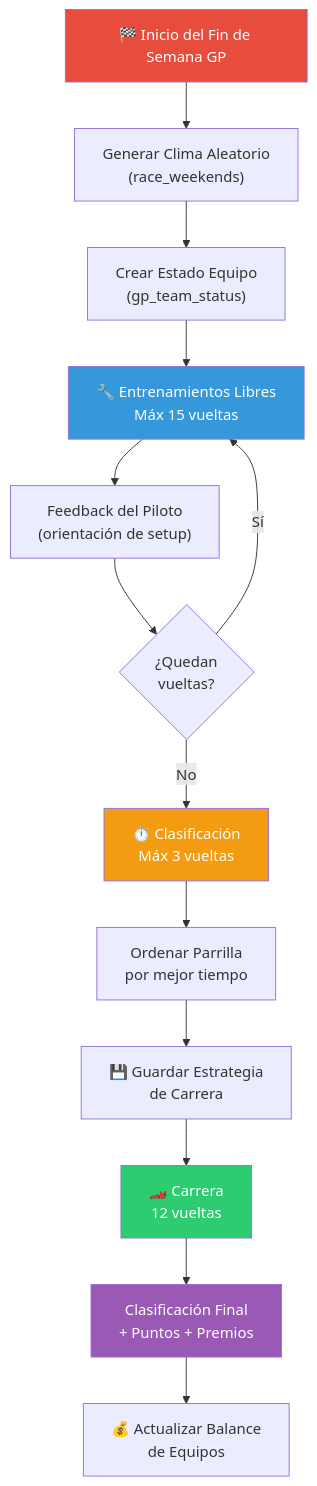
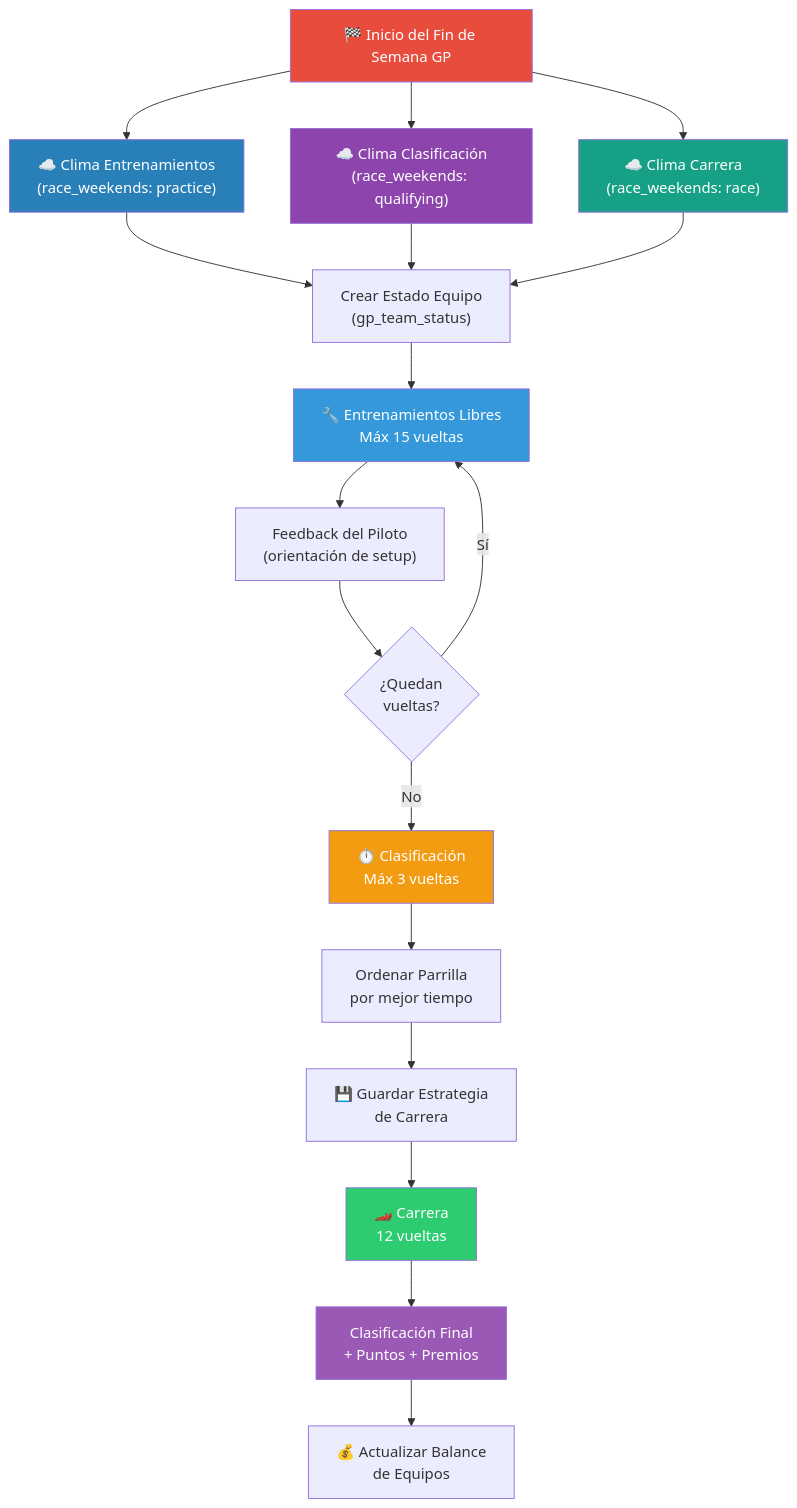
The first of 8 diagrams in docs/simulation-engine.md (iubeda/gp-masters), drawn with Mermaid before and after one commit. The commit also changed other lines of this file and 4 other files, not shown here.

First line of the commit message:
feat: simulate weather independently per session (practice/qualifying/race)

````diff
--- a/docs/simulation-engine.md
+++ b/docs/simulation-engine.md
@@ -21,21 +21,41 @@
 ```mermaid
 flowchart TD
-    A["🏁 Inicio del Fin de Semana GP"] --> B["Generar Clima Aleatorio<br/>(race_weekends)"]
-    B --> C["Crear Estado Equipo<br/>(gp_team_status)"]
-    C --> D["🔧 Entrenamientos Libres<br/>Máx 15 vueltas"]
-    D --> E["Feedback del Piloto<br/>(orientación de setup)"]
-    E --> F{"¿Quedan<br/>vueltas?"}
+    A["🏁 Inicio del Fin de Semana GP"] --> B1["☁️ Clima Entrenamientos
+(race_weekends: practice)"]
+    A --> B2["☁️ Clima Clasificación
+(race_weekends: qualifying)"]
+    A --> B3["☁️ Clima Carrera
+(race_weekends: race)"]
+    B1 --> C["Crear Estado Equipo
+(gp_team_status)"]
+    B2 --> C
+    B3 --> C
+    C --> D["🔧 Entrenamientos Libres
+Máx 15 vueltas"]
+    D --> E["Feedback del Piloto
+(orientación de setup)"]
+    E --> F{"¿Quedan
+vueltas?"}
     F -- Sí --> D
-    F -- No --> G["⏱️ Clasificación<br/>Máx 3 vueltas"]
-    G --> H["Ordenar Parrilla<br/>por mejor tiempo"]
-    H --> I["💾 Guardar Estrategia<br/>de Carrera"]
-    I --> J["🏎️ Carrera<br/>12 vueltas"]
-    J --> K["Clasificación Final<br/>+ Puntos + Premios"]
-    K --> L["💰 Actualizar Balance<br/>de Equipos"]
+    F -- No --> G["⏱️ Clasificación
+Máx 3 vueltas"]
+    G --> H["Ordenar Parrilla
+por mejor tiempo"]
+    H --> I["💾 Guardar Estrategia
+de Carrera"]
+    I --> J["🏎️ Carrera
+12 vueltas"]
+    J --> K["Clasificación Final
++ Puntos + Premios"]
+    K --> L["💰 Actualizar Balance
+de Equipos"]
 
     style A fill:#e74c3c,color:#fff
+    style B1 fill:#2980b9,color:#fff
+    style B2 fill:#8e44ad,color:#fff
+    style B3 fill:#16a085,color:#fff
     style D fill:#3498db,color:#fff
     style G fill:#f39c12,color:#fff
     style J fill:#2ecc71,color:#fff
     style K fill:#9b59b6,color:#fff
 ```
````
